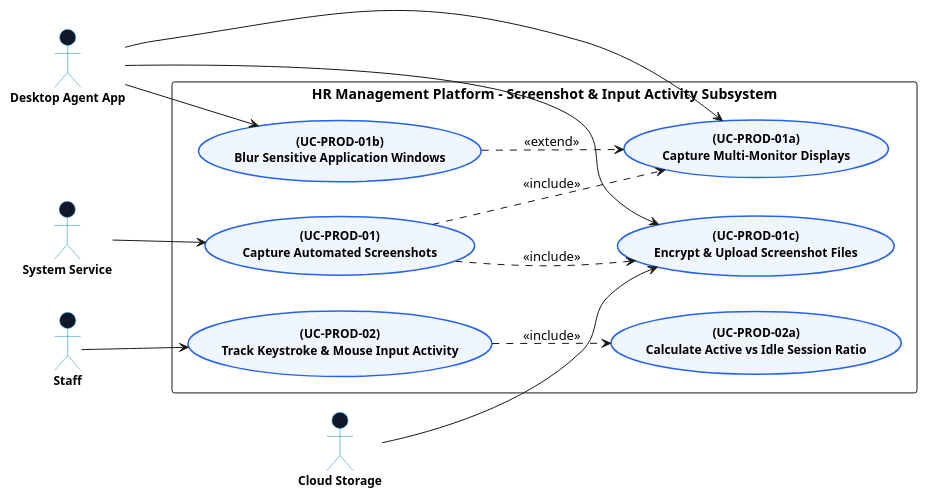
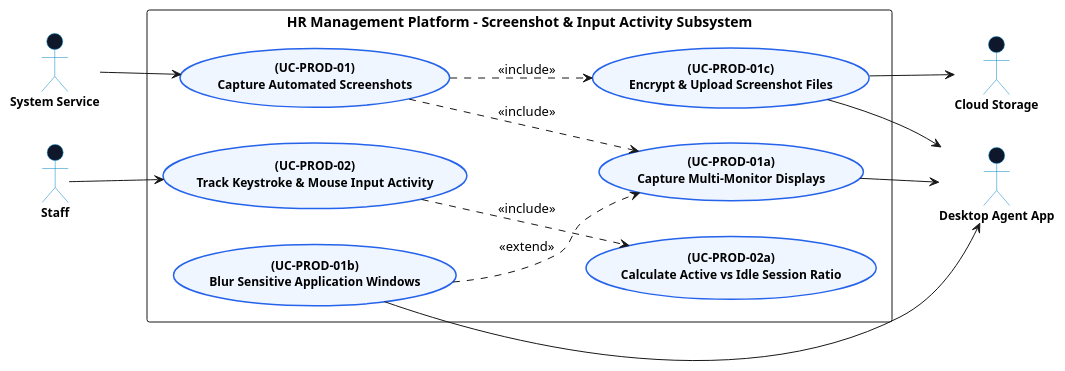
One commit to Dikhang1112/Monitoring_HR changed the diagram in docs/usecase_diagram/productivity_monitoring/ScreenActivityDiagram.md. Above: the diagram before and after it, drawn with PlantUML. The commit also changed other lines of this file and 17 other files, not shown here.

Commit message:
Usecase diagram of payroll

````diff
--- a/docs/usecase_diagram/productivity_monitoring/ScreenActivityDiagram.md
+++ b/docs/usecase_diagram/productivity_monitoring/ScreenActivityDiagram.md
@@ -9,72 +9,77 @@
 ```plantuml
 @startuml
 left to right direction
 skinparam packageStyle rectangle
 skinparam backgroundColor #ffffff
 skinparam shadowing false
 skinparam actorStyle stickman
 
 skinparam usecase {
   BackgroundColor #EFF6FF
   BorderColor #2563EB
   BorderThickness 1.5
   FontSize 12
   FontStyle bold
   FontName "Segoe UI"
 }
 
 skinparam actor {
   BackgroundColor #0F172A
   BorderColor #0284C7
   FontSize 12
   FontStyle bold
   FontName "Segoe UI"
 }
 
 ' =====================================================
-' ACTORS
+' PRIMARY ACTORS (LEFT SIDE)
 ' =====================================================
 actor "System Service" as SYS_SVC
 actor "Staff" as EMP
-actor "Desktop Agent App" as DESK_APP
-actor "Cloud Storage" as CLOUD
 
 ' =====================================================
-' SYSTEM BOUNDARY & USE CASES
+' SYSTEM BOUNDARY & USE CASES (CENTER)
 ' =====================================================
 rectangle "HR Management Platform - Screenshot & Input Activity Subsystem" {
     
     ' Screenshot Group
     usecase "(UC-PROD-01)\nCapture Automated Screenshots" as UC_PROD01
     usecase "(UC-PROD-01a)\nCapture Multi-Monitor Displays" as UC_PROD01A
     usecase "(UC-PROD-01b)\nBlur Sensitive Application Windows" as UC_PROD01B
     usecase "(UC-PROD-01c)\nEncrypt & Upload Screenshot Files" as UC_PROD01C
 
     ' Input Activity Group
     usecase "(UC-PROD-02)\nTrack Keystroke & Mouse Input Activity" as UC_PROD02
     usecase "(UC-PROD-02a)\nCalculate Active vs Idle Session Ratio" as UC_PROD02A
 }
 
 ' =====================================================
+' SECONDARY ACTORS (RIGHT SIDE)
+' =====================================================
+actor "Desktop Agent App" as DESK_APP
+actor "Cloud Storage" as CLOUD
+
+' =====================================================
 ' ACTOR CONNECTIONS
 ' =====================================================
+' Left Actors to Use Cases
 SYS_SVC --> UC_PROD01
 EMP --> UC_PROD02
 
-DESK_APP --> UC_PROD01A
-DESK_APP --> UC_PROD01B
-DESK_APP --> UC_PROD01C
-
-CLOUD --> UC_PROD01C
+' Use Cases to Right Actors
+UC_PROD01A --> DESK_APP
+UC_PROD01B --> DESK_APP
+UC_PROD01C --> DESK_APP
+UC_PROD01C --> CLOUD
 
 ' =====================================================
 ' INCLUDE & EXTEND RELATIONSHIPS
 ' =====================================================
 UC_PROD01 ..> UC_PROD01A : <<include>>
 UC_PROD01 ..> UC_PROD01C : <<include>>
 UC_PROD01B ..> UC_PROD01A : <<extend>>
 
 UC_PROD02 ..> UC_PROD02A : <<include>>
 
 @enduml
 ```
````
